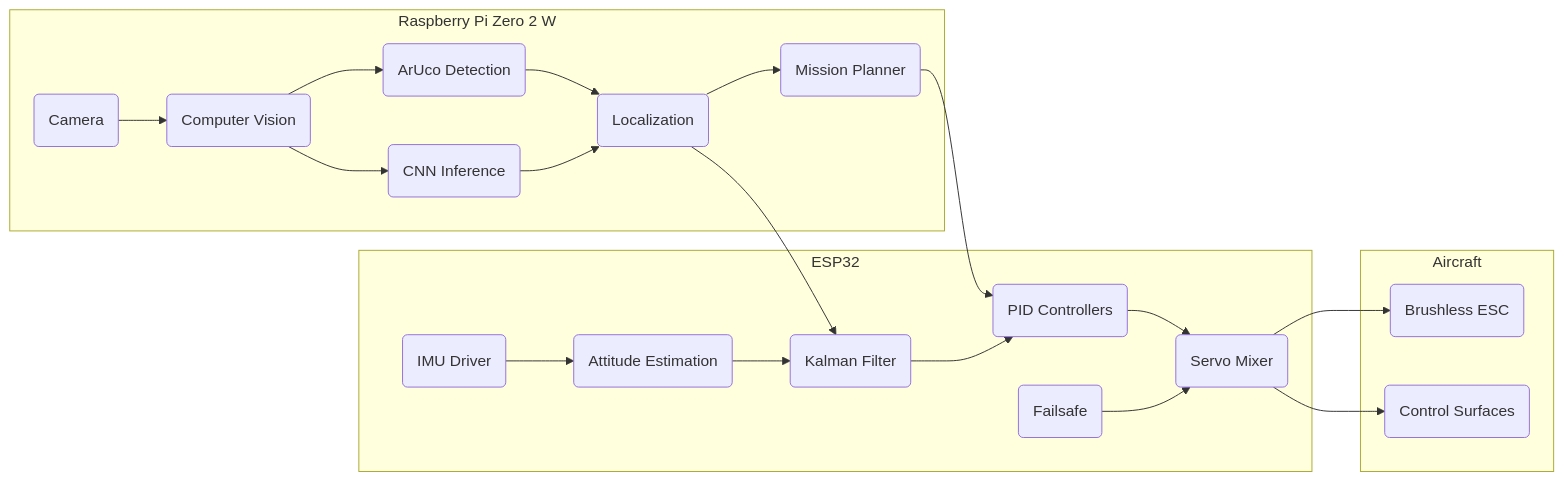
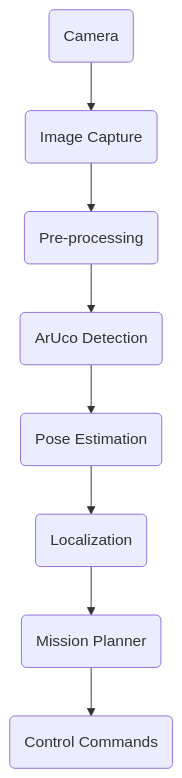
The third of 3 diagrams in README.md (Sts-simon/Ardu-Citron), drawn with Mermaid before and after one commit. The commit also changed other lines of this file and 7 other files, not shown here.

````diff
--- a/README.md
+++ b/README.md
@@ -656,73 +755,33 @@
 ```mermaid
-flowchart LR
-
-subgraph RaspberryPi["Raspberry Pi Zero 2 W"]
+flowchart TD
 
 CAM(Camera)
 
-CV(Computer Vision)
+FRAME(Image Capture)
+
+PRE(Pre-processing)
 
 ARUCO(ArUco Detection)
+
+POSE(Pose Estimation)
 
 LOCAL(Localization)
 
 MISSION(Mission Planner)
 
-CNN(CNN Inference)
+COMMAND(Control Commands)
 
-end
+CAM --> FRAME
 
-subgraph ESP32["ESP32"]
+FRAME --> PRE
 
-IMU(IMU Driver)
+PRE --> ARUCO
 
-ATT(Attitude Estimation)
+ARUCO --> POSE
 
-KALMAN(Kalman Filter)
-
-PID(PID Controllers)
-
-MIXER(Servo Mixer)
-
-FAILSAFE(Failsafe)
-
-end
-
-subgraph Aircraft
-
-ESC(Brushless ESC)
-
-SERVOS(Control Surfaces)
-
-end
-
-CAM --> CV
-
-CV --> ARUCO
-
-CV --> CNN
-
-ARUCO --> LOCAL
-
-CNN --> LOCAL
+POSE --> LOCAL
 
 LOCAL --> MISSION
 
-MISSION --> PID
-
-IMU --> ATT
-
-ATT --> KALMAN
-
-LOCAL --> KALMAN
-
-KALMAN --> PID
-
-PID --> MIXER
-
-FAILSAFE --> MIXER
-
-MIXER --> ESC
-
-MIXER --> SERVOS
+MISSION --> COMMAND
 ```
````
